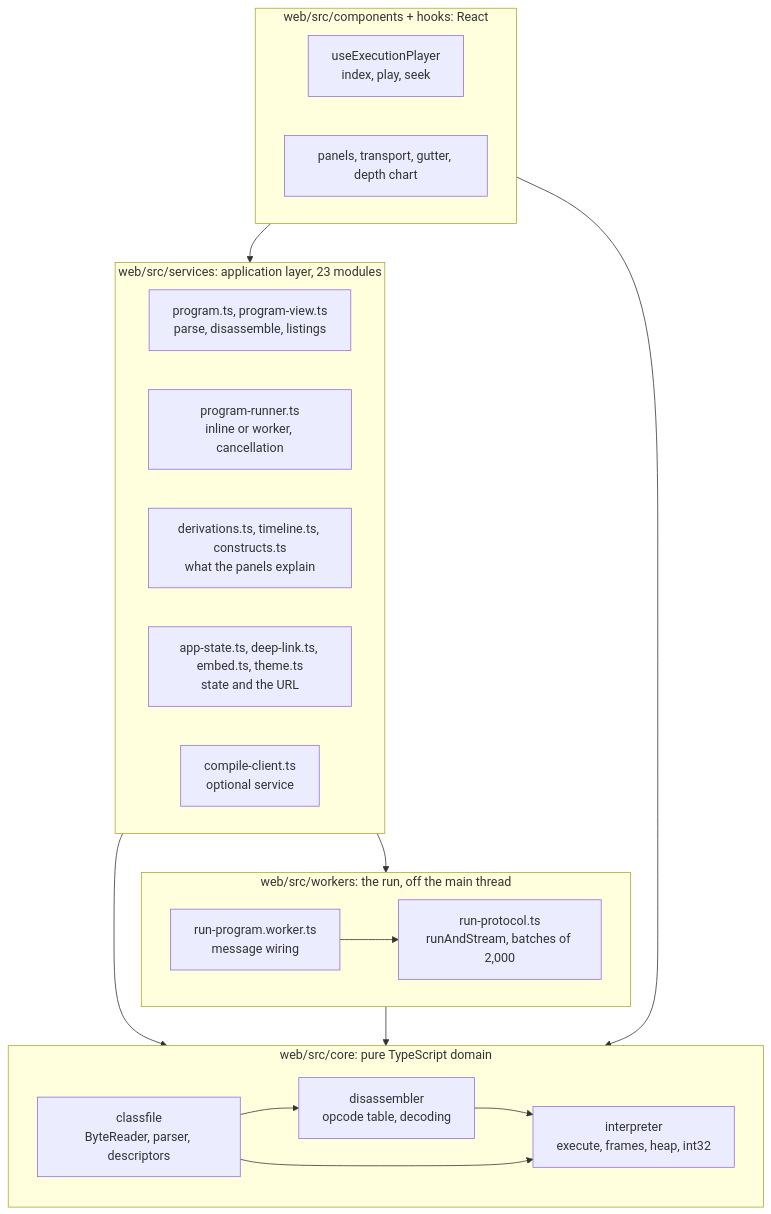
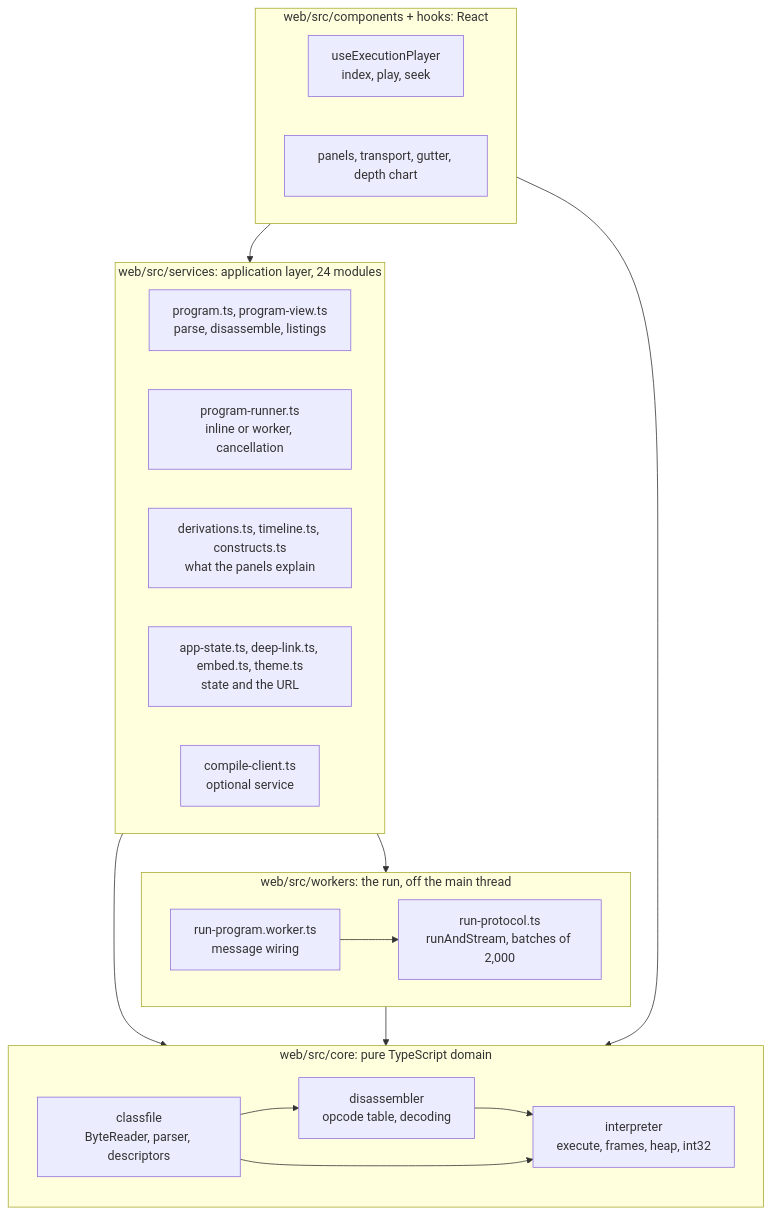
The first of 3 diagrams in docs/architecture.md (mblaszczykowski/JVM-Bytecode-Visualizer), drawn with Mermaid before and after one commit. The commit also changed other lines of this file and 11 other files, not shown here.

````diff
--- a/docs/architecture.md
+++ b/docs/architecture.md
@@ -12,32 +12,32 @@
 ```mermaid
 flowchart TD
   subgraph core["web/src/core: pure TypeScript domain"]
     classfile["classfile<br/>ByteReader, parser, descriptors"]
     disassembler["disassembler<br/>opcode table, decoding"]
     interpreter["interpreter<br/>execute, frames, heap, int32"]
     classfile --> disassembler
     disassembler --> interpreter
     classfile --> interpreter
   end
   subgraph worker["web/src/workers: the run, off the main thread"]
     protocol["run-protocol.ts<br/>runAndStream, batches of 2,000"]
     shim["run-program.worker.ts<br/>message wiring"]
     shim --> protocol
   end
-  subgraph app["web/src/services: application layer, 23 modules"]
+  subgraph app["web/src/services: application layer, 24 modules"]
     program["program.ts, program-view.ts<br/>parse, disassemble, listings"]
     runner["program-runner.ts<br/>inline or worker, cancellation"]
     derive["derivations.ts, timeline.ts, constructs.ts<br/>what the panels explain"]
     state["app-state.ts, deep-link.ts, embed.ts, theme.ts<br/>state and the URL"]
     compileClient["compile-client.ts<br/>optional service"]
   end
   subgraph ui["web/src/components + hooks: React"]
     player["useExecutionPlayer<br/>index, play, seek"]
     panels["panels, transport, gutter, depth chart"]
   end
   app --> core
   app --> worker
   worker --> core
   ui --> app
   ui --> core
 ```
````
